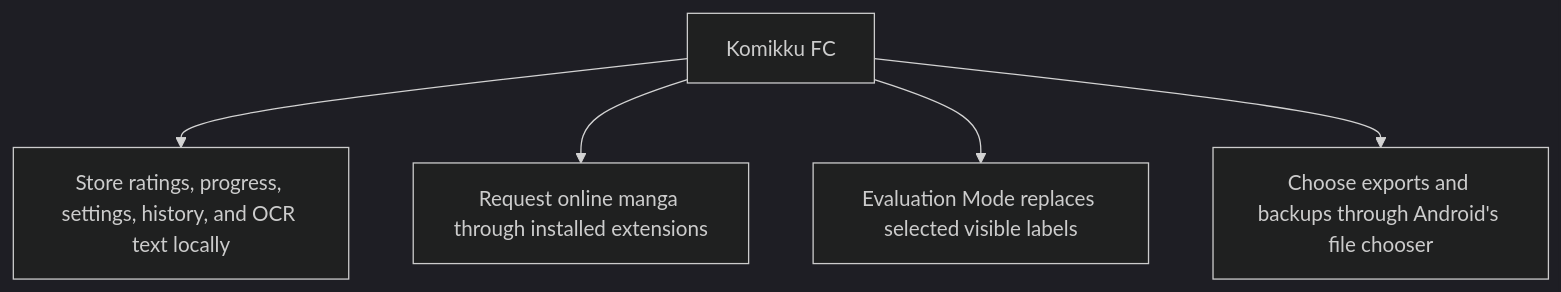
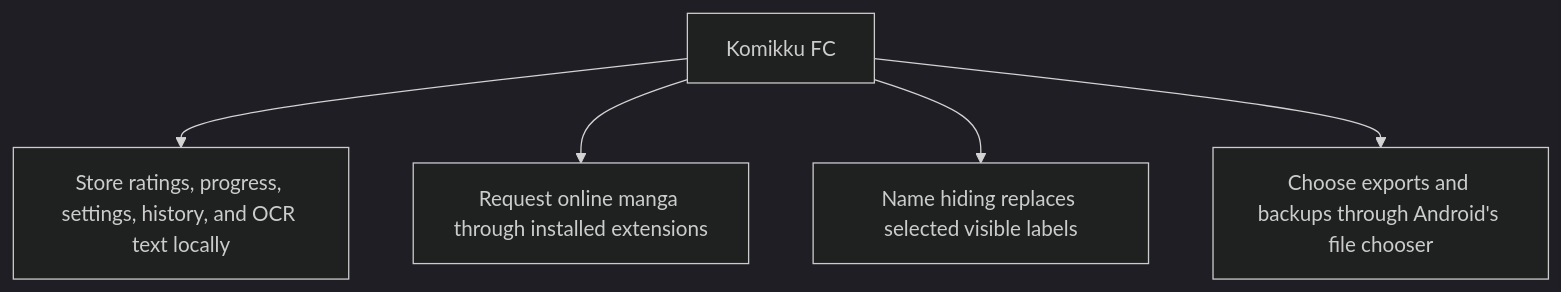
One commit to FancyCorey/komikku-fc changed the sixth of 6 diagrams in docs/kmk/how-kmk-works.md. Above: the diagram before and after it, drawn with Mermaid (dark theme). The commit also changed other lines of this file and 93 other files, not shown here.

````diff
--- a/docs/kmk/how-kmk-works.md
+++ b/docs/kmk/how-kmk-works.md
@@ -112,7 +112,7 @@
 ```mermaid
 flowchart TD
     App["Komikku FC"] --> Local["Store ratings, progress, settings, history, and OCR text locally"]
     App --> Sources["Request online manga through installed extensions"]
-    App --> Sharing["Evaluation Mode replaces selected visible labels"]
+    App --> Sharing["Name hiding replaces selected visible labels"]
     App --> Files["Choose exports and backups through Android's file chooser"]
 ```
````
